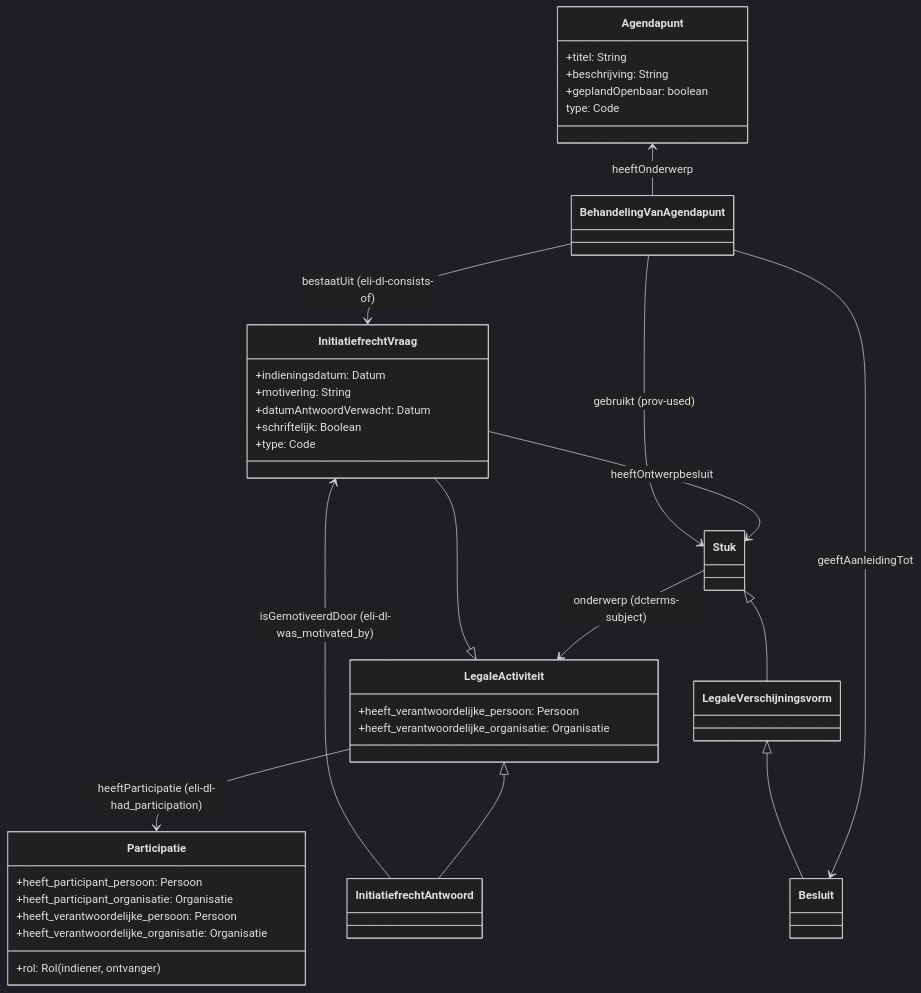
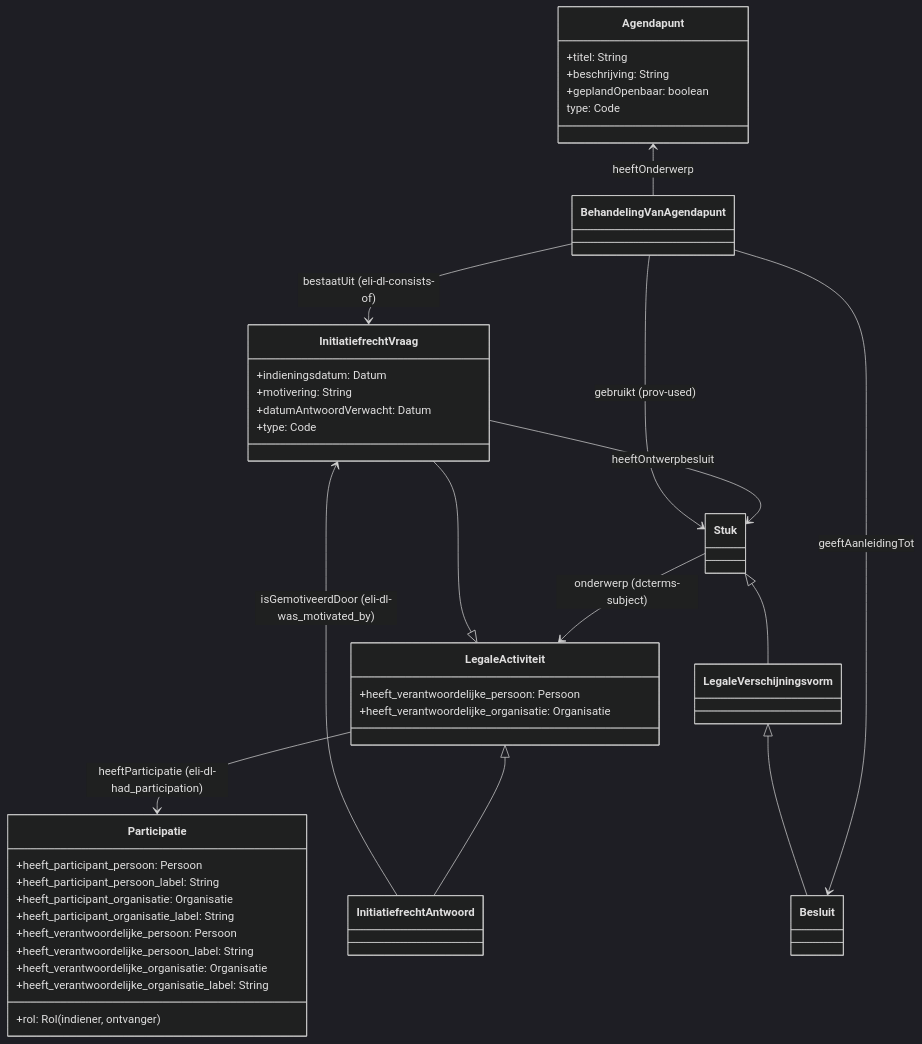
One commit to Informatievlaanderen/OSLOthema-slimmeRaadpleegOmgeving changed diagram 13 of 14 in README.md. Above: the diagram before and after it, drawn with Mermaid (dark theme). The commit also changed other lines of this file, not shown here.

Commit message:
Add diagram schriftelijke vraag en antwoord

````diff
--- a/README.md
+++ b/README.md
@@ -512,42 +512,45 @@
 ```mermaid
 classDiagram
     Agendapunt <-- BehandelingVanAgendapunt: heeftOnderwerp
     LegaleActiviteit <|-- InitiatiefrechtVraag
     LegaleActiviteit <|-- InitiatiefrechtAntwoord
     InitiatiefrechtAntwoord --> InitiatiefrechtVraag : isGemotiveerdDoor (eli-dl-was_motivated_by)
     BehandelingVanAgendapunt --> InitiatiefrechtVraag: bestaatUit (eli-dl-consists-of)
 
     Stuk --> LegaleActiviteit: onderwerp (dcterms-subject)
 
     InitiatiefrechtVraag --> Stuk: heeftOntwerpbesluit
     LegaleActiviteit --> Participatie: heeftParticipatie (eli-dl-had_participation)
     BehandelingVanAgendapunt --> Stuk: gebruikt (prov-used)
     BehandelingVanAgendapunt --> Besluit: geeftAanleidingTot
     Stuk <|-- LegaleVerschijningsvorm
     LegaleVerschijningsvorm <|-- Besluit
 
     class Agendapunt {
       +titel: String
       +beschrijving: String
       +geplandOpenbaar: boolean
       type: Code
     }
     class InitiatiefrechtVraag {
       +indieningsdatum: Datum
       +motivering: String
       +datumAntwoordVerwacht: Datum
-      +schriftelijk: Boolean
       +type: Code
     }
     class Participatie {
       +heeft_participant_persoon: Persoon
+      +heeft_participant_persoon_label: String
       +heeft_participant_organisatie: Organisatie
+      +heeft_participant_organisatie_label: String
       +rol: Rol (indiener, ontvanger)
       +heeft_verantwoordelijke_persoon: Persoon
+      +heeft_verantwoordelijke_persoon_label: String
      +heeft_verantwoordelijke_organisatie: Organisatie
+     +heeft_verantwoordelijke_organisatie_label: String
     }
     class LegaleActiviteit {
       +heeft_verantwoordelijke_persoon: Persoon
       +heeft_verantwoordelijke_organisatie: Organisatie
     }
 ```
````
